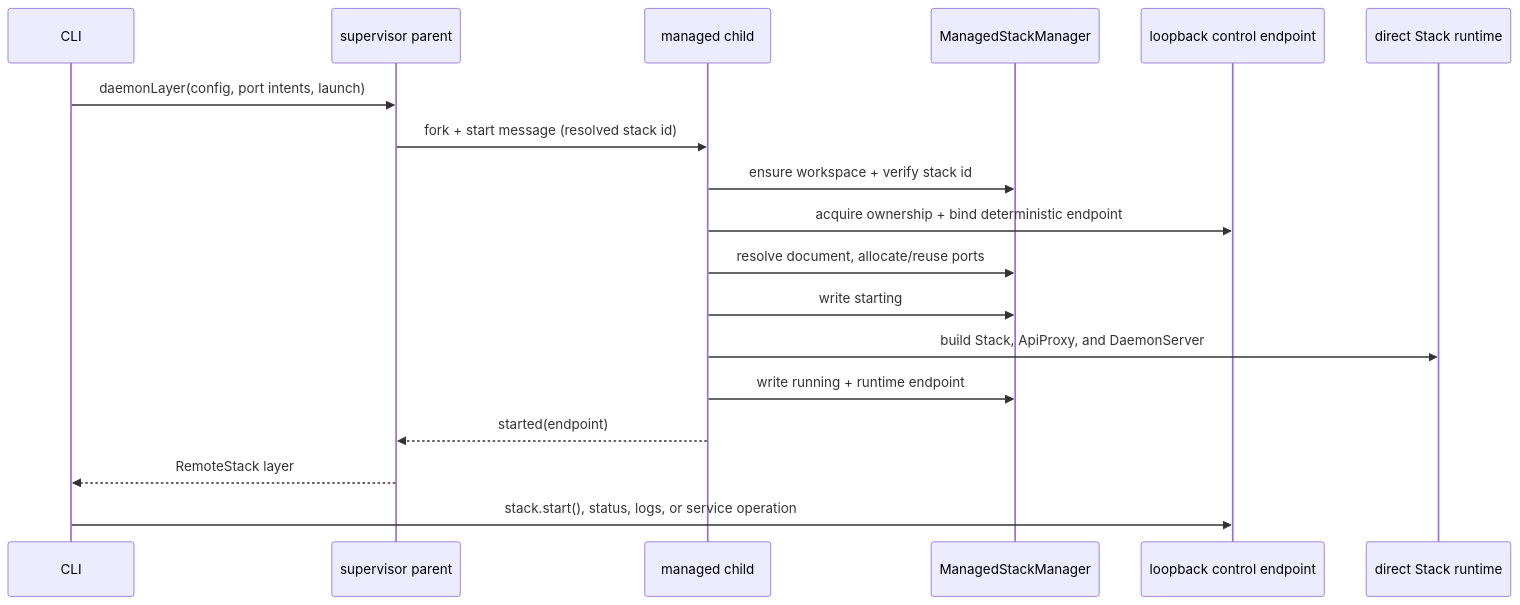
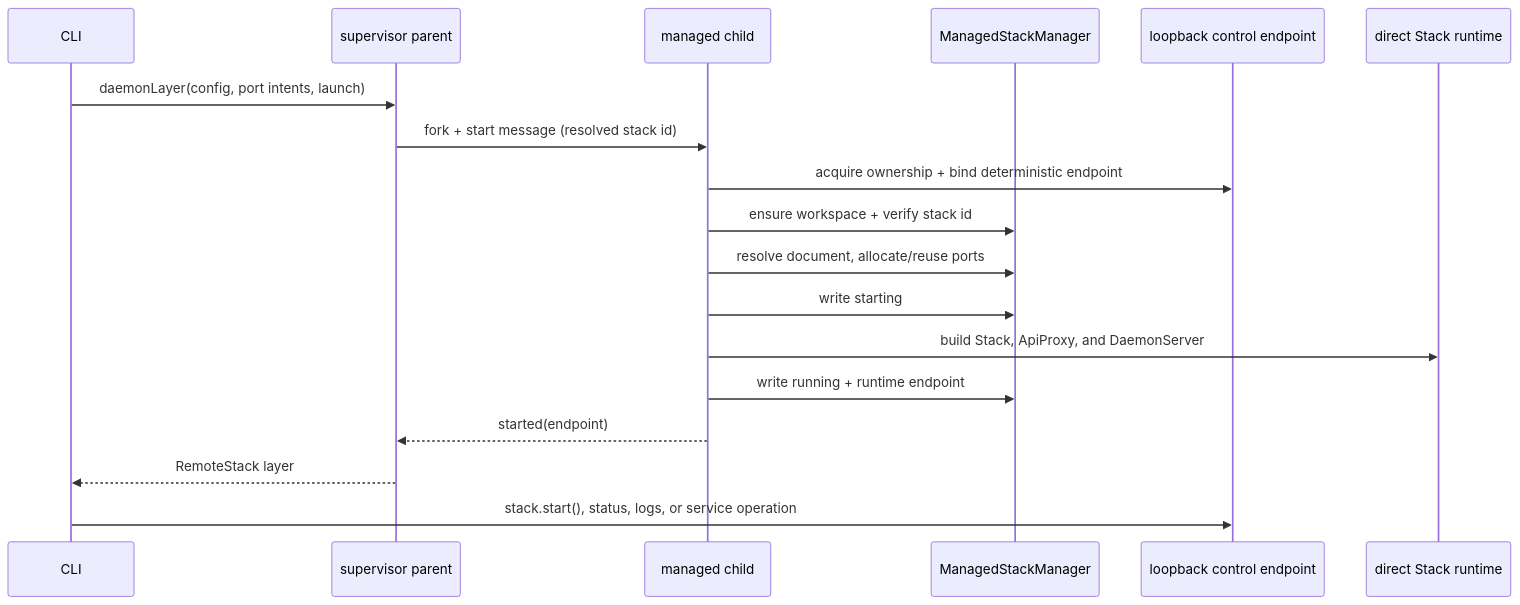
The diagram in packages/stack/docs/architecture.md (supabase/cli), drawn with Mermaid before and after one commit. The commit also changed other lines of this file and 1 other file, not shown here.

Commit message:
docs(stack): align architecture with runtime ownership

````diff
--- a/packages/stack/docs/architecture.md
+++ b/packages/stack/docs/architecture.md
@@ -27,21 +27,21 @@
 ```mermaid
 sequenceDiagram
     participant CLI
     participant Parent as supervisor parent
     participant Child as managed child
     participant Manager as ManagedStackManager
     participant Control as loopback control endpoint
     participant Runtime as direct Stack runtime
 
     CLI->>Parent: daemonLayer(config, port intents, launch)
     Parent->>Child: fork + start message (resolved stack id)
+    Child->>Control: acquire ownership + bind deterministic endpoint
     Child->>Manager: ensure workspace + verify stack id
-    Child->>Control: acquire ownership + bind deterministic endpoint
     Child->>Manager: resolve document, allocate/reuse ports
     Child->>Manager: write starting
     Child->>Runtime: build Stack, ApiProxy, and DaemonServer
     Child->>Manager: write running + runtime endpoint
     Child-->>Parent: started(endpoint)
     Parent-->>CLI: RemoteStack layer
     CLI->>Control: stack.start(), status, logs, or service operation
 ```
````
